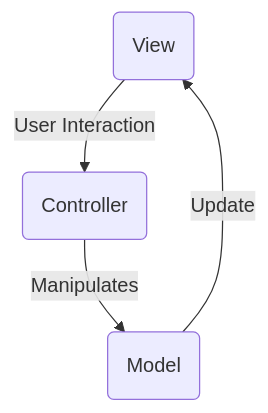
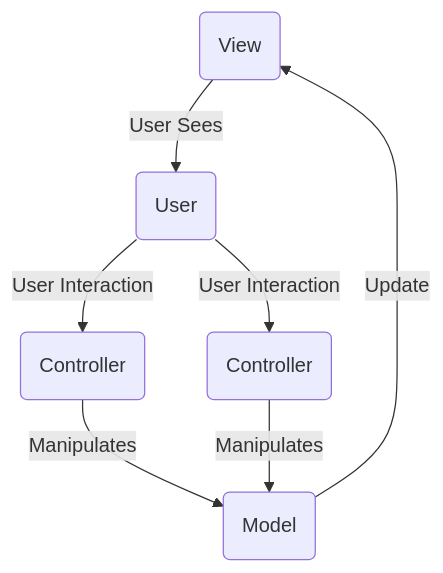
Before and after one commit to clbrem/bolero-agents: the third of 3 diagrams in src/Client/Architectures.md, drawn with Mermaid. The commit also changed 3 other files, not shown here.

````diff
--- a/src/Client/Architectures.md
+++ b/src/Client/Architectures.md
@@ -22,6 +22,11 @@
 ```mermaid
-flowchart TD
-    View(View) -->|User Interaction| Controller(Controller)
-    Controller -->|Manipulates| Model(Model)
-    Model --> |Update|View
+flowchart TB    
+    View(View) -->|User Sees| User
+    Model(Model) -->|Update| View
+    ControllerA -->|Manipulates| Model(Model)
+    ControllerB -->|Manipulates| Model(Model)    
+    User -->|User Interaction| ControllerB(Controller)
+    User(User) -->|User Interaction| ControllerA(Controller)
+    
+    
 ```
````
